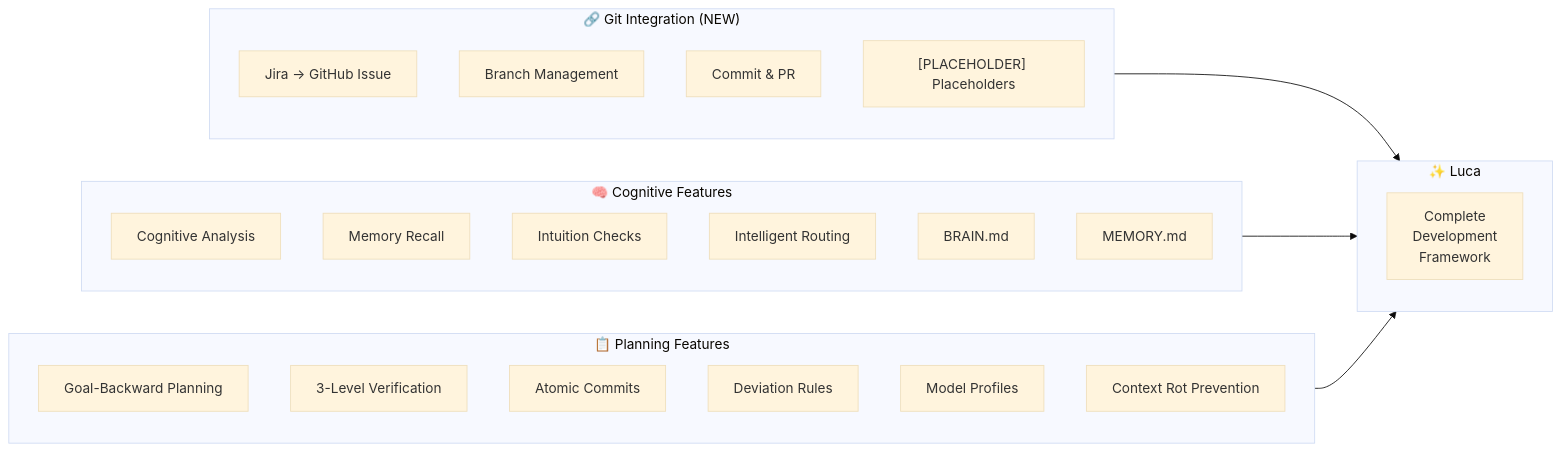
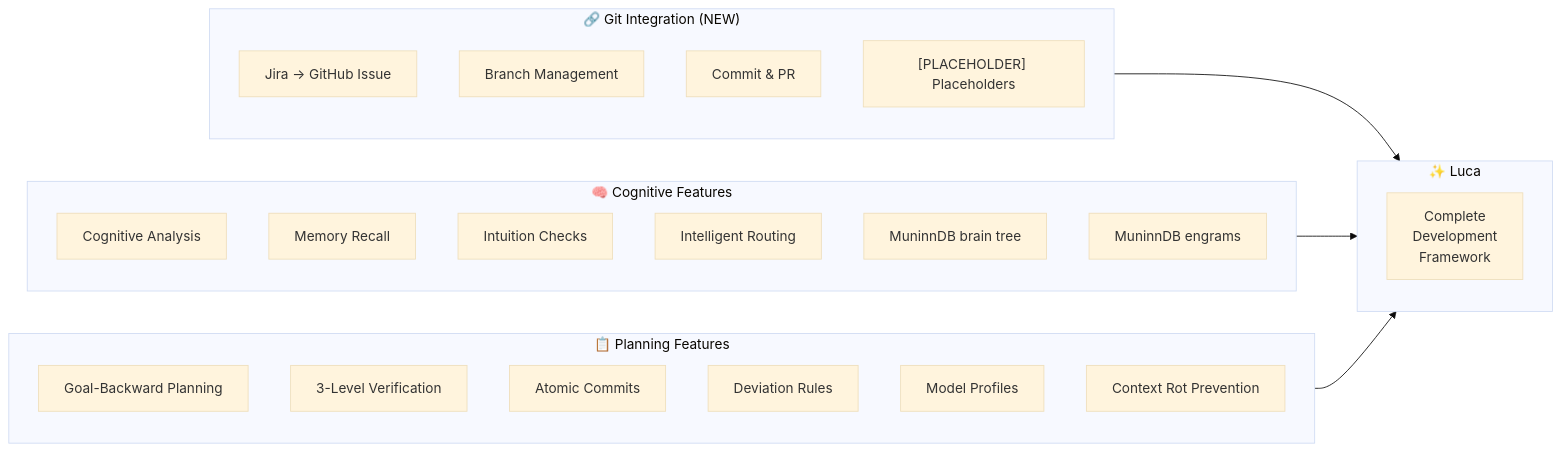
Before and after one commit to asibilia/luca-framework: the second of 14 diagrams in docs/agent-framework/luca/diagrams.md, drawn with Mermaid (base theme). The commit also changed other lines of this file and 820 other files, not shown here.

````diff
--- a/docs/agent-framework/luca/diagrams.md
+++ b/docs/agent-framework/luca/diagrams.md
@@ -79,35 +79,35 @@
 ```mermaid
 flowchart LR
     subgraph Git["🔗 Git Integration (NEW)"]
         G1["Jira → GitHub Issue"]
         G2["Branch Management"]
         G3["Commit & PR"]
         G4["[PLACEHOLDER] Placeholders"]
     end
 
     subgraph Cognitive["🧠 Cognitive Features"]
         B1["Cognitive Analysis"]
         B2["Memory Recall"]
         B3["Intuition Checks"]
         B4["Intelligent Routing"]
-        B5["BRAIN.md"]
-        B6["MEMORY.md"]
+        B5["MuninnDB brain tree"]
+        B6["MuninnDB engrams"]
     end
 
     subgraph Planning["📋 Planning Features"]
         V1["Goal-Backward Planning"]
         V2["3-Level Verification"]
         V3["Atomic Commits"]
         V4["Deviation Rules"]
         V5["Model Profiles"]
         V6["Context Rot Prevention"]
     end
 
     subgraph Origin["✨ Luca"]
         O["Complete<br/>Development<br/>Framework"]
     end
 
     Git --> Origin
     Cognitive --> Origin
     Planning --> Origin
 ```
````
